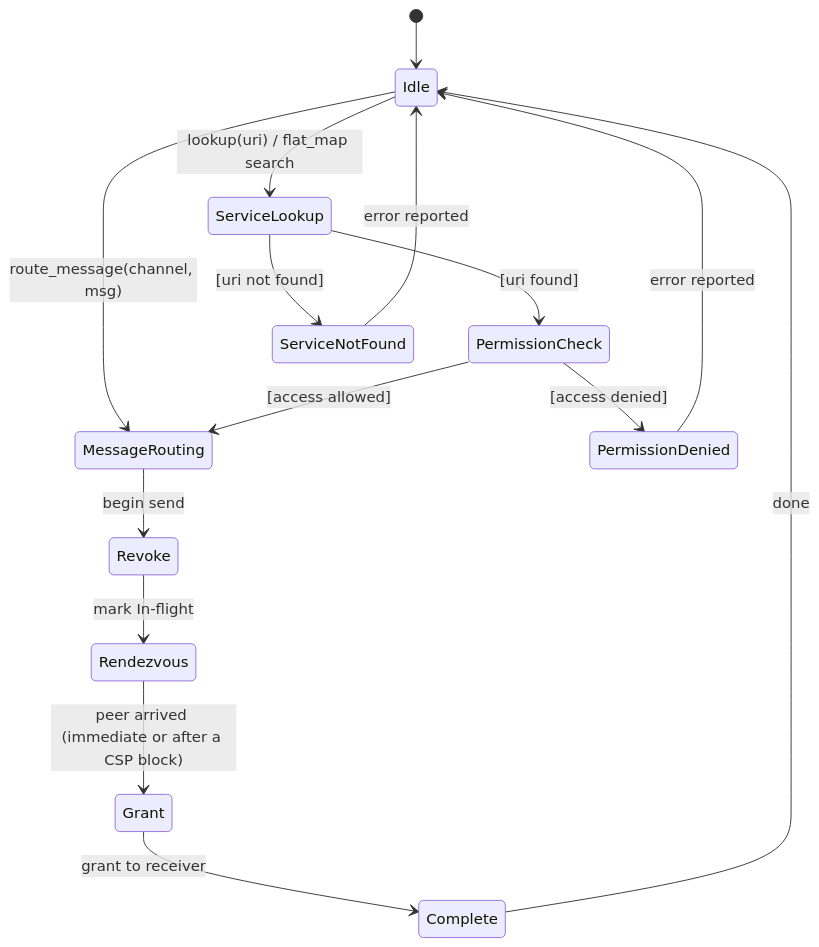
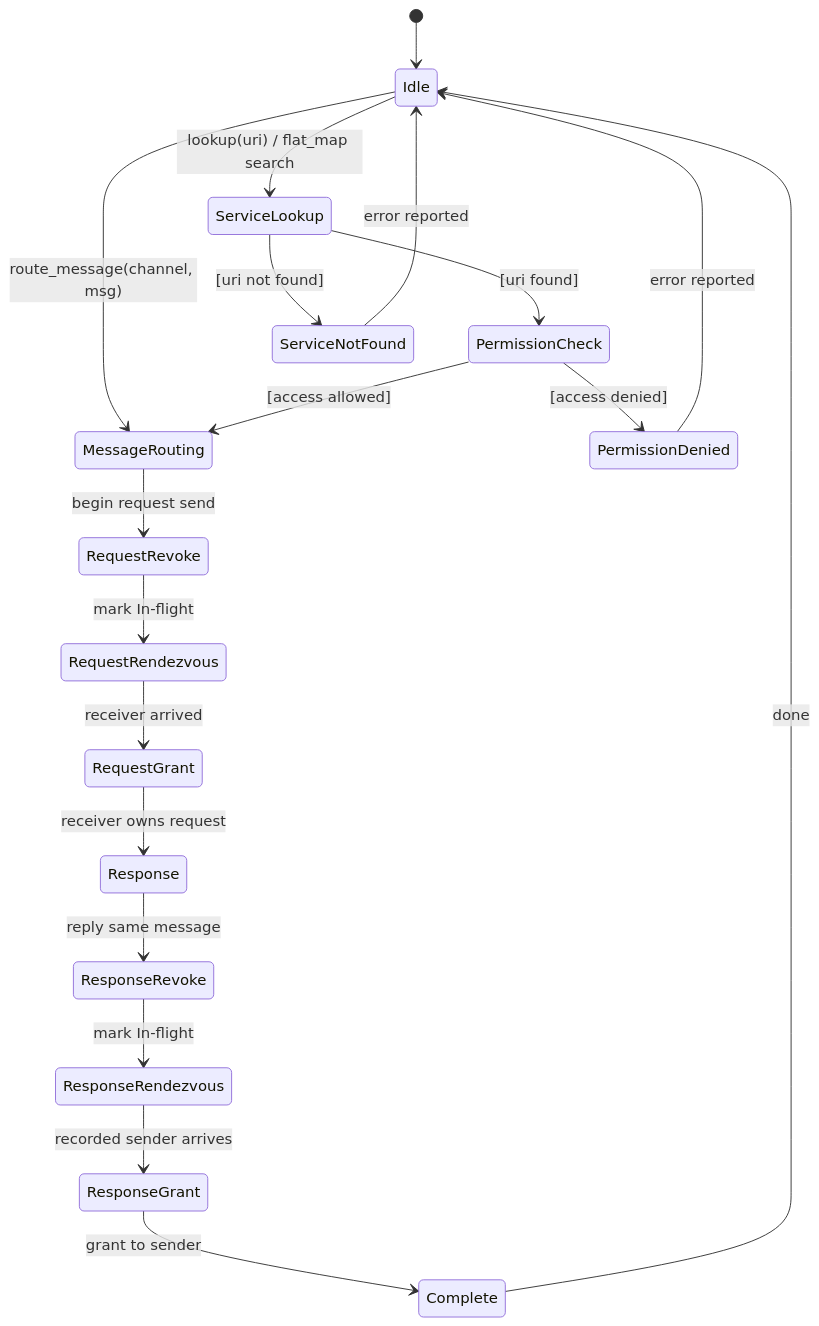
One commit to kmt-t/fireball changed the fourth of 7 diagrams in docs/components/tier1_interface/ipc_router.md. Above: the diagram before and after it, drawn with Mermaid. The commit also changed other lines of this file and 170 other files, not shown here.

````diff
--- a/docs/components/tier1_interface/ipc_router.md
+++ b/docs/components/tier1_interface/ipc_router.md
@@ -466,31 +466,33 @@
 ```mermaid
 stateDiagram-v2
     [*] --> Idle
 
     %% Main service flow
     Idle --> ServiceLookup: lookup(uri) / flat_map search
     Idle --> MessageRouting: route_message(channel, msg)
 
     %% Service Lookup branch
     ServiceLookup --> PermissionCheck: [uri found]
     ServiceLookup --> ServiceNotFound: [uri not found]
 
     %% Permission Check branch
     PermissionCheck --> MessageRouting: [access allowed]
     PermissionCheck --> PermissionDenied: [access denied]
 
-    %% Message Routing → Ownership Transfer Pipeline
-    MessageRouting --> Revoke: begin send
-    Revoke --> Rendezvous: mark In-flight
+    %% Request ownership transfer
+    MessageRouting --> RequestRevoke: begin request send
+    RequestRevoke --> RequestRendezvous: mark In-flight
+    RequestRendezvous --> RequestGrant: receiver arrived
+    RequestGrant --> Response: receiver owns request
 
-    %% Rendezvous: blocks until the counterpart arrives, then always completes
-    Rendezvous --> Grant: peer arrived (immediate or after a CSP block)
-
-    %% Success path
-    Grant --> Complete: grant to receiver
+    %% Response ownership transfer returns the same message to its sender
+    Response --> ResponseRevoke: reply same message
+    ResponseRevoke --> ResponseRendezvous: mark In-flight
+    ResponseRendezvous --> ResponseGrant: recorded sender arrives
+    ResponseGrant --> Complete: grant to sender
     Complete --> Idle: done
 
     %% Error handling → Idle
     ServiceNotFound --> Idle: error reported
     PermissionDenied --> Idle: error reported
 ```
````
